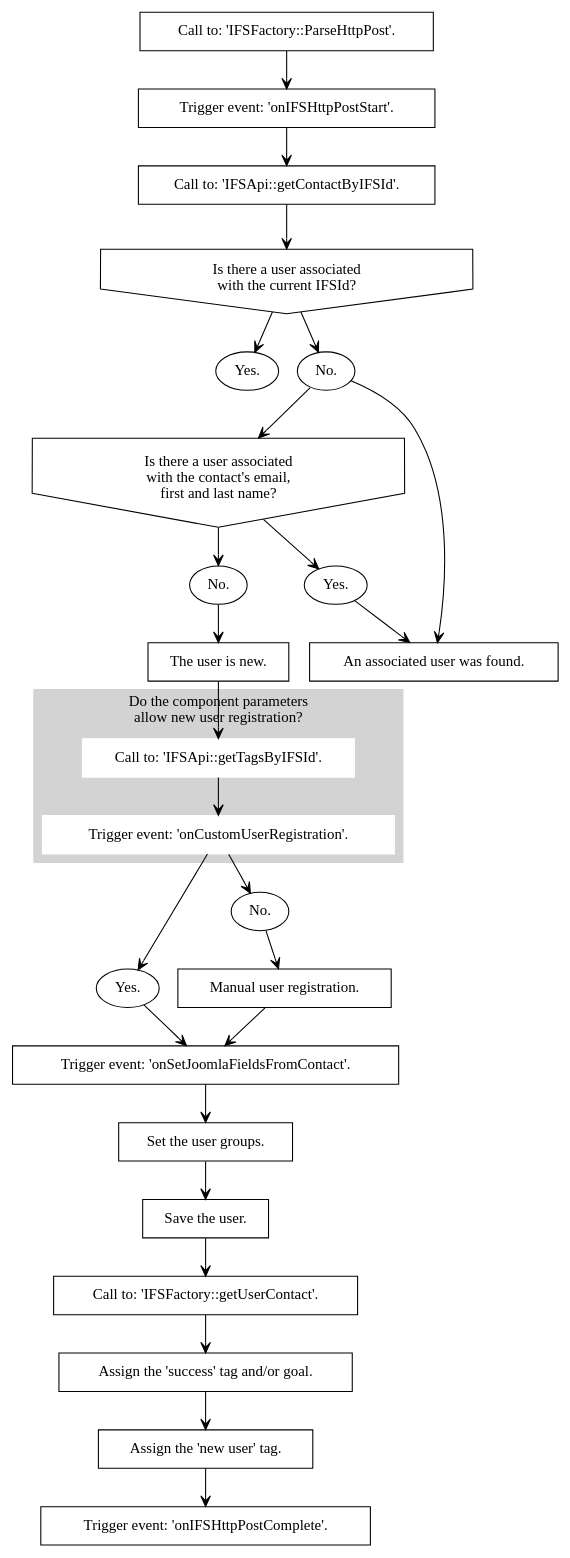
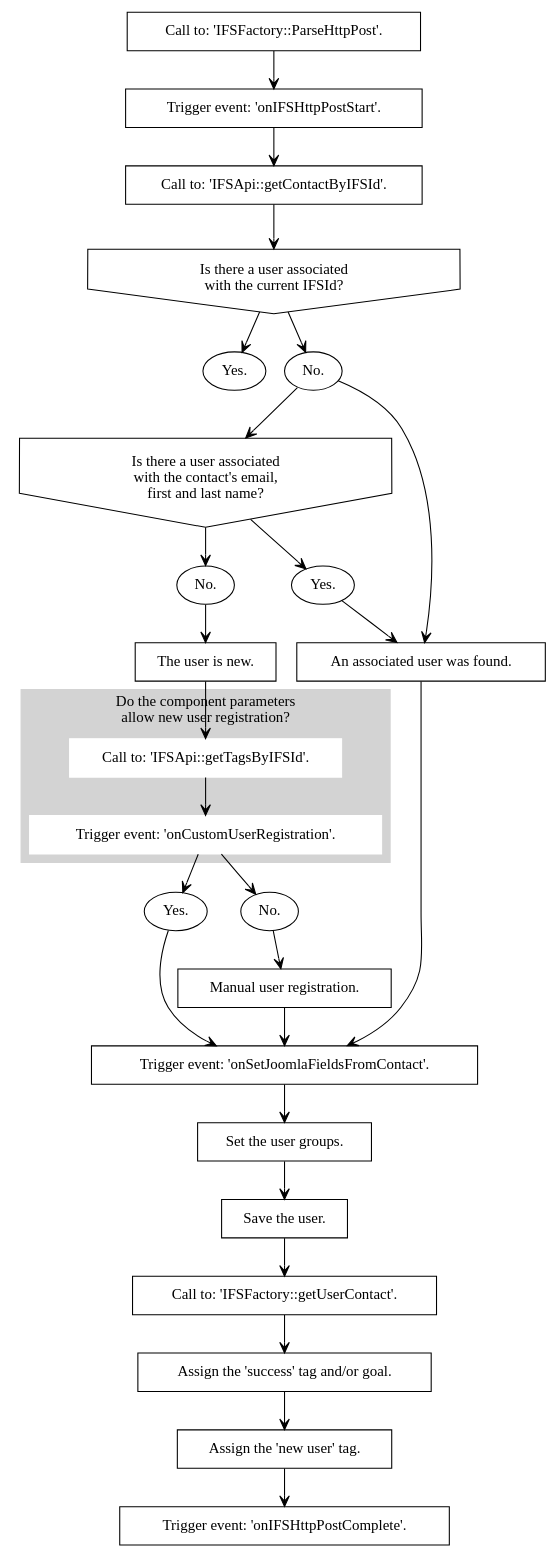
The diagram in docs/procedures/register_user.rst (treste91/JoomFuse), drawn with Graphviz before and after one commit.

```diff
--- a/docs/procedures/register_user.rst
+++ b/docs/procedures/register_user.rst
@@ -4,62 +4,63 @@
 .. graphviz::
 
    digraph {
    
       1 [label="Call to: 'IFSFactory::ParseHttpPost'." shape=rectangle]
       2 [label="Trigger event: 'onIFSHttpPostStart'." shape=rectangle]
       3 [label="Call to: 'IFSApi::getContactByIFSId'." shape=rectangle]
       4 [label="Is there a user associated\n with the current IFSId?" shape=invhouse]
       5 [label="Yes." shape=oval]
       6 [label="No." shape=oval]
       7 [label="Is there a user associated\n with the contact's email,\n first and last name?" shape=invhouse]
       8 [label="Yes." shape=oval]
       9 [label="An associated user was found." shape=rectangle]
       10 [label="No." shape=oval]
       11 [label="The user is new." shape=rectangle]
       
       subgraph cluster_1 {
          style=filled;
          color=lightgrey;
 		   node [style=filled,color=white];
          label="Do the component parameters\n allow new user registration?"
          12 [label="Call to: 'IFSApi::getTagsByIFSId'." shape=rectangle]
          13 [label="Trigger event: 'onCustomUserRegistration'." shape=rectangle]
       }
       
       14 [label="Yes." shape=oval]
       15 [label="No." shape=oval]
       16 [label="Manual user registration." shape=rectangle]
       17 [label="Trigger event: 'onSetJoomlaFieldsFromContact'." shape=rectangle]
       18 [label="Set the user groups." shape=rectangle]
       19 [label="Save the user." shape=rectangle]
       20 [label="Call to: 'IFSFactory::getUserContact'." shape=rectangle]
       21 [label="Assign the 'success' tag and/or goal." shape=rectangle]
       22 [label="Assign the 'new user' tag." shape=rectangle]
       23 [label="Trigger event: 'onIFSHttpPostComplete'." shape=rectangle]
       
       
       1 -> 2 [arrowhead=vee arrowsize=1]
       2 -> 3 [arrowhead=vee arrowsize=1]
       3 -> 4 [arrowhead=vee arrowsize=1]
       4 -> 5 [arrowhead=vee arrowsize=1]
       4 -> 6 [arrowhead=vee arrowsize=1]
       6 -> 7 [arrowhead=vee arrowsize=1]
       7 -> 8 [arrowhead=vee arrowsize=1]
       8 -> 9 [arrowhead=vee arrowsize=1]
       6 -> 9 [arrowhead=vee arrowsize=1]
       7 -> 10 [arrowhead=vee arrowsize=1]
       10 -> 11 [arrowhead=vee arrowsize=1]
       11 -> 12 [arrowhead=vee arrowsize=1]
       12 -> 13 [arrowhead=vee arrowsize=1]
       13 -> 14 [arrowhead=vee arrowsize=1]
       13 -> 15 [arrowhead=vee arrowsize=1]
       15 -> 16 [arrowhead=vee arrowsize=1]
       16 -> 17 [arrowhead=vee arrowsize=1]
       14 -> 17 [arrowhead=vee arrowsize=1]
+      9 -> 17 [arrowhead=vee arrowsize=1]
       17 -> 18 [arrowhead=vee arrowsize=1]
       18 -> 19 [arrowhead=vee arrowsize=1]
       19 -> 20 [arrowhead=vee arrowsize=1]
       20 -> 21 [arrowhead=vee arrowsize=1]
       21 -> 22 [arrowhead=vee arrowsize=1]
       22 -> 23 [arrowhead=vee arrowsize=1]
    }
```
